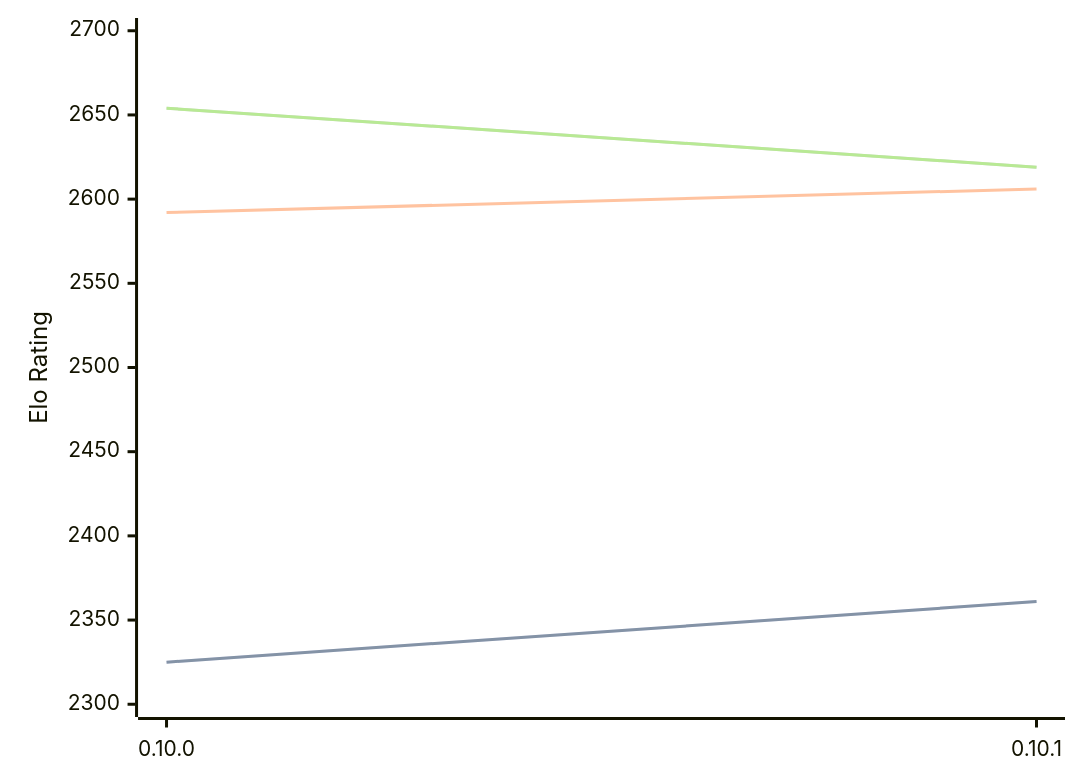
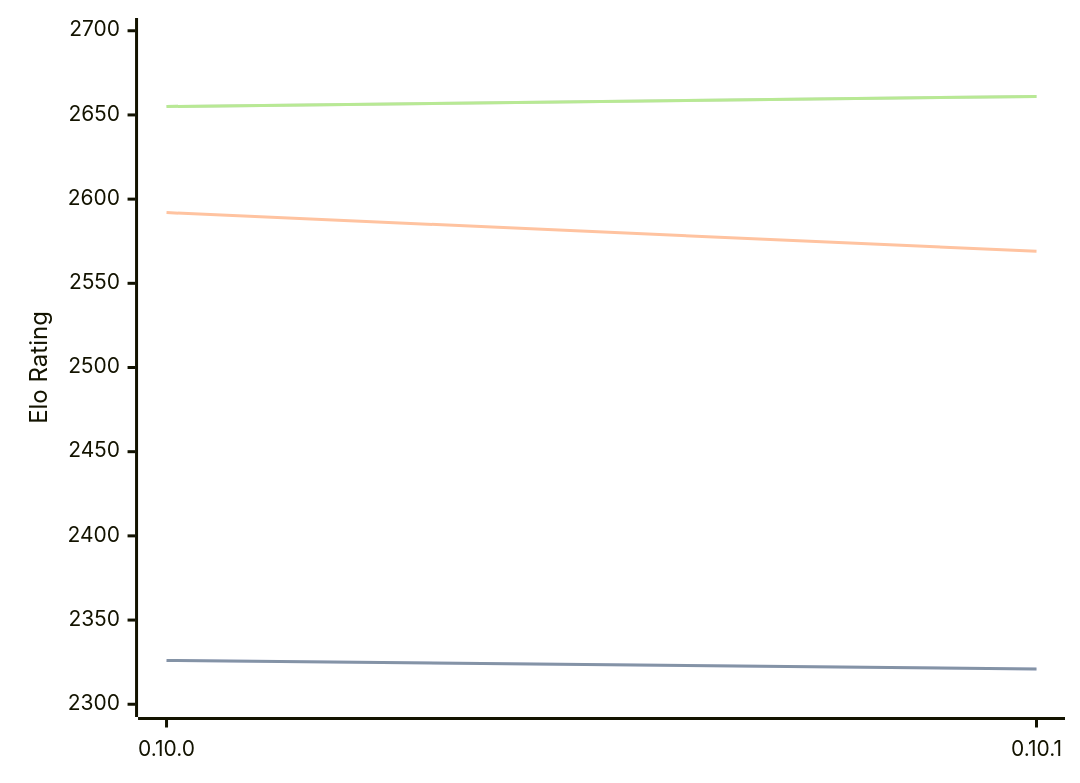
The diagram in engines/Fatalii.md (computer-chess-index/cci), drawn with Mermaid before and after one commit. The commit also changed other lines of this file, not shown here.

Commit message:
Update CCI Ratings (ELO VLTC) - 2026-05-14

````diff
--- a/engines/Fatalii.md
+++ b/engines/Fatalii.md
@@ -46,11 +46,11 @@
 ```mermaid
 %%{init: {"theme":"base","themeVariables":{"seriesColors:['#a3a3a3','#222221','#faa371']}}}%%
 xychart-beta
   x-axis ["0.10.0", "0.10.1"]
   y-axis "Elo Rating" 2300 --> 2700
-  line "STC (8.0+0.08s)" [2325, 2361]
-  line "STC (8.0+0.08s)" [2325, 2361]
-  line "LTC (60.0+0.60s)" [2592, 2606]
-  line "VLTC (2m24s+1.12s)" [2654, 2619]
-  line "VLTC (2m24s+1.12s)" [2654, 2619]
+  line "STC (8.0+0.08s)" [2326, 2321]
+  line "STC (8.0+0.08s)" [2326, 2321]
+  line "LTC (60.0+0.60s)" [2592, 2569]
+  line "VLTC (2m24s+1.12s)" [2655, 2661]
+  line "VLTC (2m24s+1.12s)" [2655, 2661]
 ```
````
